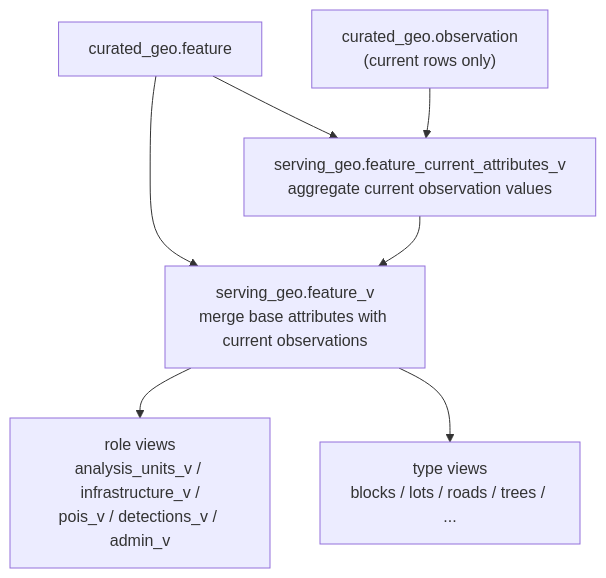
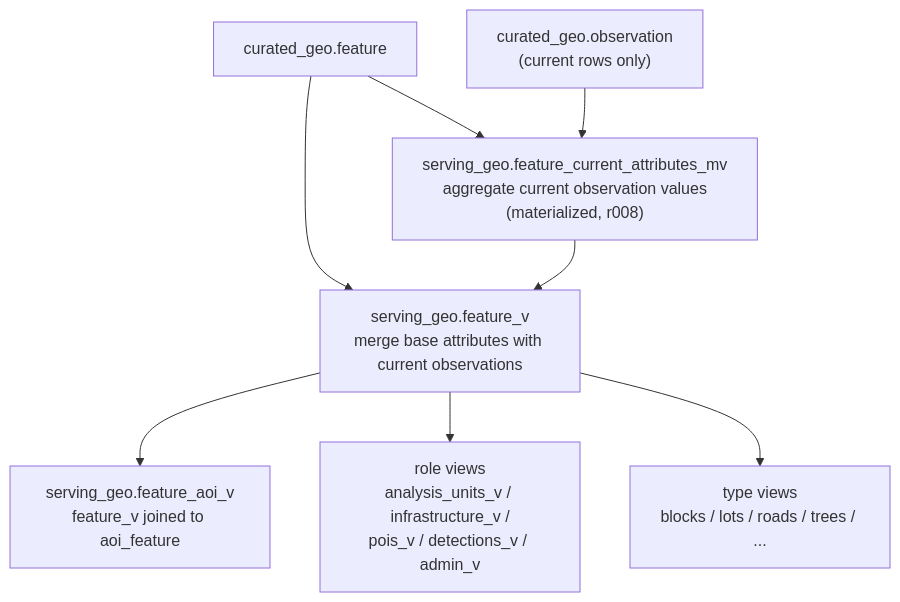
Before and after one commit to rschifan/reimagina-evo: the second of 2 diagrams in docs/architecture/DATA_LAYER.md, drawn with Mermaid. The commit also changed other lines of this file and 15 other files, not shown here.

````diff
--- a/docs/architecture/DATA_LAYER.md
+++ b/docs/architecture/DATA_LAYER.md
@@ -296,16 +330,18 @@
 ```mermaid
 flowchart TB
   F["curated_geo.feature"]
   OC["curated_geo.observation<br/>(current rows only)"]
-  FCA["serving_geo.feature_current_attributes_v<br/>aggregate current observation values"]
+  FCA["serving_geo.feature_current_attributes_mv<br/>aggregate current observation values<br/>(materialized, r008)"]
   FV["serving_geo.feature_v<br/>merge base attributes with current observations"]
+  FAV["serving_geo.feature_aoi_v<br/>feature_v joined to aoi_feature"]
   RV["role views<br/>analysis_units_v / infrastructure_v /<br/>pois_v / detections_v / admin_v"]
   TV["type views<br/>blocks / lots / roads / trees / ..."]
 
   F --> FCA
   OC --> FCA
   F --> FV
   FCA --> FV
+  FV --> FAV
   FV --> RV
   FV --> TV
 ```
````
